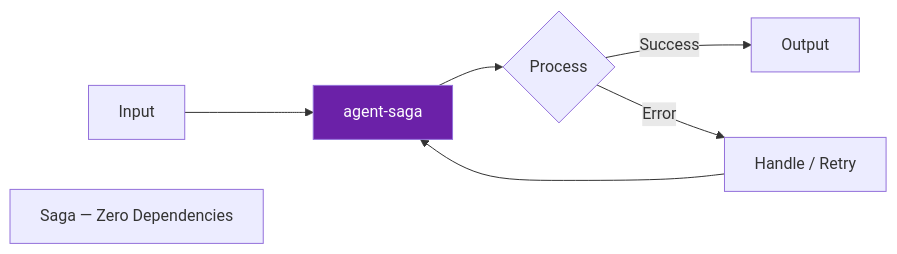
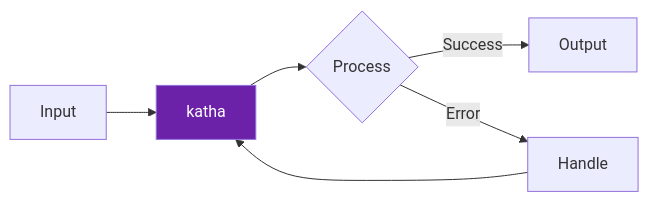
One commit to darshjme/agent-saga changed the diagram in README.md. Above: the diagram before and after it, drawn with Mermaid. The commit also changed other lines of this file and 1 other file, not shown here.

First line of the commit message:
feat(vedic-v3): rename to katha (कथा)

````diff
--- a/README.md
+++ b/README.md
@@ -48,10 +39,9 @@
 ```mermaid
 flowchart LR
-    A[Input] --> B[agent-saga]
+    A[Input] --> B[katha]
     B --> C{Process}
     C -- Success --> D[Output]
-    C -- Error --> E[Handle / Retry]
+    C -- Error --> E[Handle]
     E --> B
     style B fill:#6b21a8,color:#fff
-    note["Saga — Zero Dependencies"]
 ```
````
